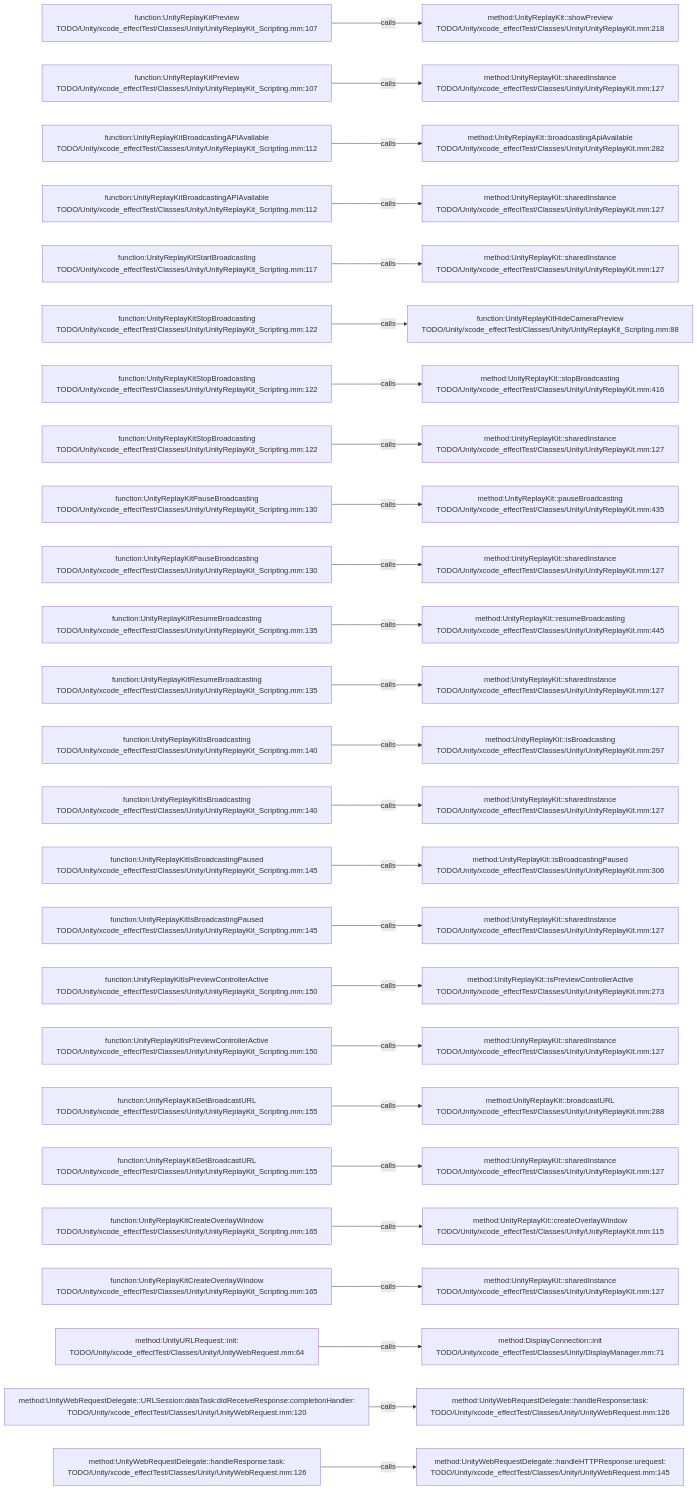
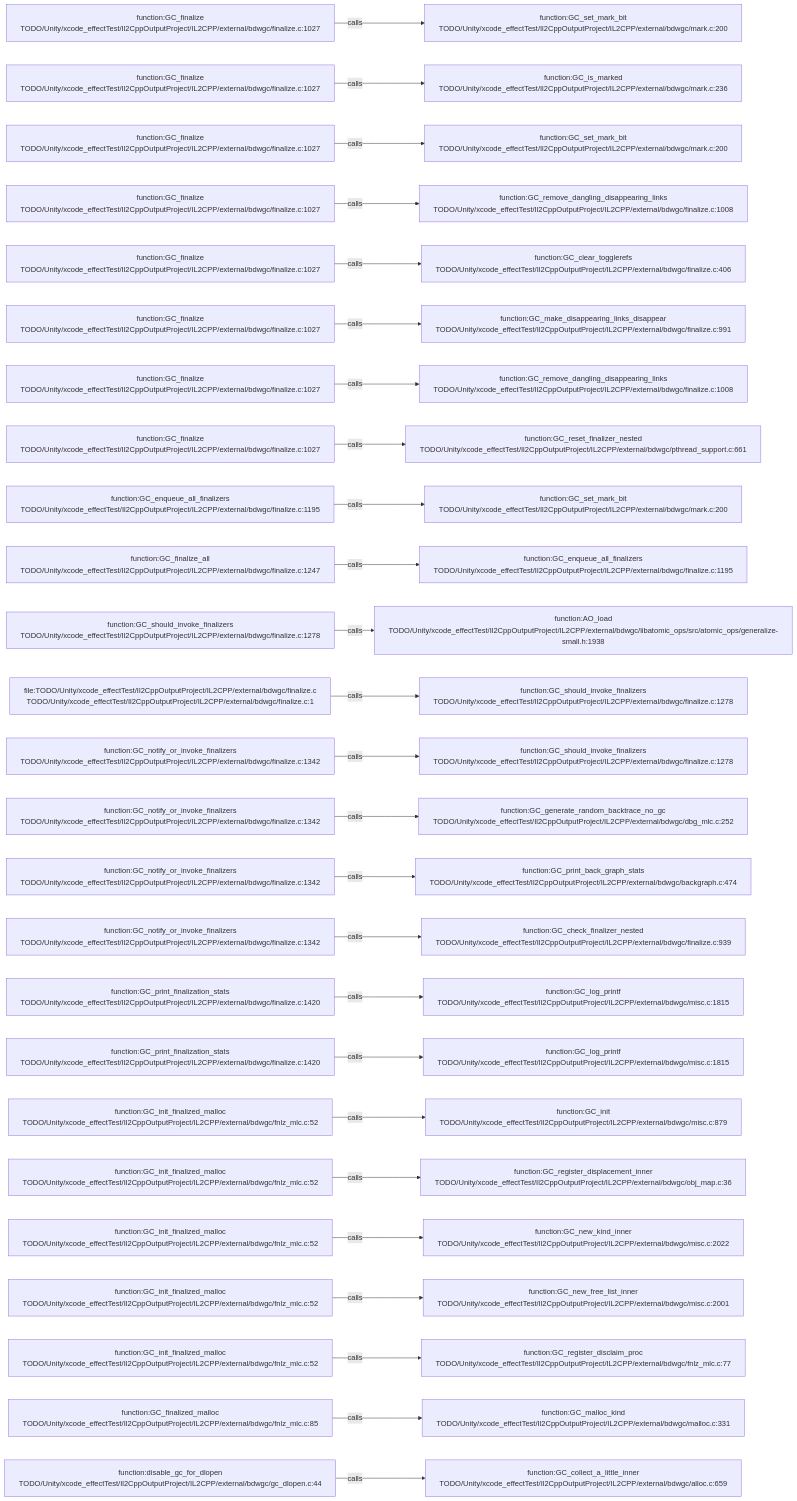
Before and after one commit to JobsKits/JobsSwiftBaseConfigDemo: the diagram in .codegraph/codegraph.md/graphs/calls-111.md, drawn with Mermaid. The commit also changed 227 other files, not shown here.

````diff
--- a/.codegraph/codegraph.md/graphs/calls-111.md
+++ b/.codegraph/codegraph.md/graphs/calls-111.md
@@ -13,78 +13,78 @@
 ```mermaid
 flowchart LR
-  S1["function:UnityReplayKitPreview<br/>TODO/Unity/xcode_effectTest/Classes/Unity/UnityReplayKit_Scripting.mm:107"]
-  T1["method:UnityReplayKit::showPreview<br/>TODO/Unity/xcode_effectTest/Classes/Unity/UnityReplayKit.mm:218"]
+  S1["function:GC_finalize<br/>TODO/Unity/xcode_effectTest/Il2CppOutputProject/IL2CPP/external/bdwgc/finalize.c:1027"]
+  T1["function:GC_set_mark_bit<br/>TODO/Unity/xcode_effectTest/Il2CppOutputProject/IL2CPP/external/bdwgc/mark.c:200"]
   S1 -->|calls| T1
-  S2["function:UnityReplayKitPreview<br/>TODO/Unity/xcode_effectTest/Classes/Unity/UnityReplayKit_Scripting.mm:107"]
-  T2["method:UnityReplayKit::sharedInstance<br/>TODO/Unity/xcode_effectTest/Classes/Unity/UnityReplayKit.mm:127"]
+  S2["function:GC_finalize<br/>TODO/Unity/xcode_effectTest/Il2CppOutputProject/IL2CPP/external/bdwgc/finalize.c:1027"]
+  T2["function:GC_is_marked<br/>TODO/Unity/xcode_effectTest/Il2CppOutputProject/IL2CPP/external/bdwgc/mark.c:236"]
   S2 -->|calls| T2
-  S3["function:UnityReplayKitBroadcastingAPIAvailable<br/>TODO/Unity/xcode_effectTest/Classes/Unity/UnityReplayKit_Scripting.mm:112"]
-  T3["method:UnityReplayKit::broadcastingApiAvailable<br/>TODO/Unity/xcode_effectTest/Classes/Unity/UnityReplayKit.mm:282"]
+  S3["function:GC_finalize<br/>TODO/Unity/xcode_effectTest/Il2CppOutputProject/IL2CPP/external/bdwgc/finalize.c:1027"]
+  T3["function:GC_set_mark_bit<br/>TODO/Unity/xcode_effectTest/Il2CppOutputProject/IL2CPP/external/bdwgc/mark.c:200"]
   S3 -->|calls| T3
-  S4["function:UnityReplayKitBroadcastingAPIAvailable<br/>TODO/Unity/xcode_effectTest/Classes/Unity/UnityReplayKit_Scripting.mm:112"]
-  T4["method:UnityReplayKit::sharedInstance<br/>TODO/Unity/xcode_effectTest/Classes/Unity/UnityReplayKit.mm:127"]
+  S4["function:GC_finalize<br/>TODO/Unity/xcode_effectTest/Il2CppOutputProject/IL2CPP/external/bdwgc/finalize.c:1027"]
+  T4["function:GC_remove_dangling_disappearing_links<br/>TODO/Unity/xcode_effectTest/Il2CppOutputProject/IL2CPP/external/bdwgc/finalize.c:1008"]
   S4 -->|calls| T4
-  S5["function:UnityReplayKitStartBroadcasting<br/>TODO/Unity/xcode_effectTest/Classes/Unity/UnityReplayKit_Scripting.mm:117"]
-  T5["method:UnityReplayKit::sharedInstance<br/>TODO/Unity/xcode_effectTest/Classes/Unity/UnityReplayKit.mm:127"]
+  S5["function:GC_finalize<br/>TODO/Unity/xcode_effectTest/Il2CppOutputProject/IL2CPP/external/bdwgc/finalize.c:1027"]
+  T5["function:GC_clear_togglerefs<br/>TODO/Unity/xcode_effectTest/Il2CppOutputProject/IL2CPP/external/bdwgc/finalize.c:406"]
   S5 -->|calls| T5
-  S6["function:UnityReplayKitStopBroadcasting<br/>TODO/Unity/xcode_effectTest/Classes/Unity/UnityReplayKit_Scripting.mm:122"]
-  T6["function:UnityReplayKitHideCameraPreview<br/>TODO/Unity/xcode_effectTest/Classes/Unity/UnityReplayKit_Scripting.mm:88"]
+  S6["function:GC_finalize<br/>TODO/Unity/xcode_effectTest/Il2CppOutputProject/IL2CPP/external/bdwgc/finalize.c:1027"]
+  T6["function:GC_make_disappearing_links_disappear<br/>TODO/Unity/xcode_effectTest/Il2CppOutputProject/IL2CPP/external/bdwgc/finalize.c:991"]
   S6 -->|calls| T6
-  S7["function:UnityReplayKitStopBroadcasting<br/>TODO/Unity/xcode_effectTest/Classes/Unity/UnityReplayKit_Scripting.mm:122"]
-  T7["method:UnityReplayKit::stopBroadcasting<br/>TODO/Unity/xcode_effectTest/Classes/Unity/UnityReplayKit.mm:416"]
+  S7["function:GC_finalize<br/>TODO/Unity/xcode_effectTest/Il2CppOutputProject/IL2CPP/external/bdwgc/finalize.c:1027"]
+  T7["function:GC_remove_dangling_disappearing_links<br/>TODO/Unity/xcode_effectTest/Il2CppOutputProject/IL2CPP/external/bdwgc/finalize.c:1008"]
   S7 -->|calls| T7
-  S8["function:UnityReplayKitStopBroadcasting<br/>TODO/Unity/xcode_effectTest/Classes/Unity/UnityReplayKit_Scripting.mm:122"]
-  T8["method:UnityReplayKit::sharedInstance<br/>TODO/Unity/xcode_effectTest/Classes/Unity/UnityReplayKit.mm:127"]
+  S8["function:GC_finalize<br/>TODO/Unity/xcode_effectTest/Il2CppOutputProject/IL2CPP/external/bdwgc/finalize.c:1027"]
+  T8["function:GC_reset_finalizer_nested<br/>TODO/Unity/xcode_effectTest/Il2CppOutputProject/IL2CPP/external/bdwgc/pthread_support.c:661"]
   S8 -->|calls| T8
-  S9["function:UnityReplayKitPauseBroadcasting<br/>TODO/Unity/xcode_effectTest/Classes/Unity/UnityReplayKit_Scripting.mm:130"]
-  T9["method:UnityReplayKit::pauseBroadcasting<br/>TODO/Unity/xcode_effectTest/Classes/Unity/UnityReplayKit.mm:435"]
+  S9["function:GC_enqueue_all_finalizers<br/>TODO/Unity/xcode_effectTest/Il2CppOutputProject/IL2CPP/external/bdwgc/finalize.c:1195"]
+  T9["function:GC_set_mark_bit<br/>TODO/Unity/xcode_effectTest/Il2CppOutputProject/IL2CPP/external/bdwgc/mark.c:200"]
   S9 -->|calls| T9
-  S10["function:UnityReplayKitPauseBroadcasting<br/>TODO/Unity/xcode_effectTest/Classes/Unity/UnityReplayKit_Scripting.mm:130"]
-  T10["method:UnityReplayKit::sharedInstance<br/>TODO/Unity/xcode_effectTest/Classes/Unity/UnityReplayKit.mm:127"]
+  S10["function:GC_finalize_all<br/>TODO/Unity/xcode_effectTest/Il2CppOutputProject/IL2CPP/external/bdwgc/finalize.c:1247"]
+  T10["function:GC_enqueue_all_finalizers<br/>TODO/Unity/xcode_effectTest/Il2CppOutputProject/IL2CPP/external/bdwgc/finalize.c:1195"]
   S10 -->|calls| T10
-  S11["function:UnityReplayKitResumeBroadcasting<br/>TODO/Unity/xcode_effectTest/Classes/Unity/UnityReplayKit_Scripting.mm:135"]
-  T11["method:UnityReplayKit::resumeBroadcasting<br/>TODO/Unity/xcode_effectTest/Classes/Unity/UnityReplayKit.mm:445"]
+  S11["function:GC_should_invoke_finalizers<br/>TODO/Unity/xcode_effectTest/Il2CppOutputProject/IL2CPP/external/bdwgc/finalize.c:1278"]
+  T11["function:AO_load<br/>TODO/Unity/xcode_effectTest/Il2CppOutputProject/IL2CPP/external/bdwgc/libatomic_ops/src/atomic_ops/generalize-small.h:1938"]
   S11 -->|calls| T11
-  S12["function:UnityReplayKitResumeBroadcasting<br/>TODO/Unity/xcode_effectTest/Classes/Unity/UnityReplayKit_Scripting.mm:135"]
-  T12["method:UnityReplayKit::sharedInstance<br/>TODO/Unity/xcode_effectTest/Classes/Unity/UnityReplayKit.mm:127"]
+  S12["file:TODO/Unity/xcode_effectTest/Il2CppOutputProject/IL2CPP/external/bdwgc/finalize.c<br/>TODO/Unity/xcode_effectTest/Il2CppOutputProject/IL2CPP/external/bdwgc/finalize.c:1"]
+  T12["function:GC_should_invoke_finalizers<br/>TODO/Unity/xcode_effectTest/Il2CppOutputProject/IL2CPP/external/bdwgc/finalize.c:1278"]
   S12 -->|calls| T12
-  S13["function:UnityReplayKitIsBroadcasting<br/>TODO/Unity/xcode_effectTest/Classes/Unity/UnityReplayKit_Scripting.mm:140"]
-  T13["method:UnityReplayKit::isBroadcasting<br/>TODO/Unity/xcode_effectTest/Classes/Unity/UnityReplayKit.mm:297"]
+  S13["function:GC_notify_or_invoke_finalizers<br/>TODO/Unity/xcode_effectTest/Il2CppOutputProject/IL2CPP/external/bdwgc/finalize.c:1342"]
+  T13["function:GC_should_invoke_finalizers<br/>TODO/Unity/xcode_effectTest/Il2CppOutputProject/IL2CPP/external/bdwgc/finalize.c:1278"]
   S13 -->|calls| T13
-  S14["function:UnityReplayKitIsBroadcasting<br/>TODO/Unity/xcode_effectTest/Classes/Unity/UnityReplayKit_Scripting.mm:140"]
-  T14["method:UnityReplayKit::sharedInstance<br/>TODO/Unity/xcode_effectTest/Classes/Unity/UnityReplayKit.mm:127"]
+  S14["function:GC_notify_or_invoke_finalizers<br/>TODO/Unity/xcode_effectTest/Il2CppOutputProject/IL2CPP/external/bdwgc/finalize.c:1342"]
+  T14["function:GC_generate_random_backtrace_no_gc<br/>TODO/Unity/xcode_effectTest/Il2CppOutputProject/IL2CPP/external/bdwgc/dbg_mlc.c:252"]
   S14 -->|calls| T14
-  S15["function:UnityReplayKitIsBroadcastingPaused<br/>TODO/Unity/xcode_effectTest/Classes/Unity/UnityReplayKit_Scripting.mm:145"]
-  T15["method:UnityReplayKit::isBroadcastingPaused<br/>TODO/Unity/xcode_effectTest/Classes/Unity/UnityReplayKit.mm:306"]
+  S15["function:GC_notify_or_invoke_finalizers<br/>TODO/Unity/xcode_effectTest/Il2CppOutputProject/IL2CPP/external/bdwgc/finalize.c:1342"]
+  T15["function:GC_print_back_graph_stats<br/>TODO/Unity/xcode_effectTest/Il2CppOutputProject/IL2CPP/external/bdwgc/backgraph.c:474"]
   S15 -->|calls| T15
-  S16["function:UnityReplayKitIsBroadcastingPaused<br/>TODO/Unity/xcode_effectTest/Classes/Unity/UnityReplayKit_Scripting.mm:145"]
-  T16["method:UnityReplayKit::sharedInstance<br/>TODO/Unity/xcode_effectTest/Classes/Unity/UnityReplayKit.mm:127"]
+  S16["function:GC_notify_or_invoke_finalizers<br/>TODO/Unity/xcode_effectTest/Il2CppOutputProject/IL2CPP/external/bdwgc/finalize.c:1342"]
+  T16["function:GC_check_finalizer_nested<br/>TODO/Unity/xcode_effectTest/Il2CppOutputProject/IL2CPP/external/bdwgc/finalize.c:939"]
   S16 -->|calls| T16
-  S17["function:UnityReplayKitIsPreviewControllerActive<br/>TODO/Unity/xcode_effectTest/Classes/Unity/UnityReplayKit_Scripting.mm:150"]
-  T17["method:UnityReplayKit::isPreviewControllerActive<br/>TODO/Unity/xcode_effectTest/Classes/Unity/UnityReplayKit.mm:273"]
+  S17["function:GC_print_finalization_stats<br/>TODO/Unity/xcode_effectTest/Il2CppOutputProject/IL2CPP/external/bdwgc/finalize.c:1420"]
+  T17["function:GC_log_printf<br/>TODO/Unity/xcode_effectTest/Il2CppOutputProject/IL2CPP/external/bdwgc/misc.c:1815"]
   S17 -->|calls| T17
-  S18["function:UnityReplayKitIsPreviewControllerActive<br/>TODO/Unity/xcode_effectTest/Classes/Unity/UnityReplayKit_Scripting.mm:150"]
-  T18["method:UnityReplayKit::sharedInstance<br/>TODO/Unity/xcode_effectTest/Classes/Unity/UnityReplayKit.mm:127"]
+  S18["function:GC_print_finalization_stats<br/>TODO/Unity/xcode_effectTest/Il2CppOutputProject/IL2CPP/external/bdwgc/finalize.c:1420"]
+  T18["function:GC_log_printf<br/>TODO/Unity/xcode_effectTest/Il2CppOutputProject/IL2CPP/external/bdwgc/misc.c:1815"]
   S18 -->|calls| T18
-  S19["function:UnityReplayKitGetBroadcastURL<br/>TODO/Unity/xcode_effectTest/Classes/Unity/UnityReplayKit_Scripting.mm:155"]
-  T19["method:UnityReplayKit::broadcastURL<br/>TODO/Unity/xcode_effectTest/Classes/Unity/UnityReplayKit.mm:288"]
+  S19["function:GC_init_finalized_malloc<br/>TODO/Unity/xcode_effectTest/Il2CppOutputProject/IL2CPP/external/bdwgc/fnlz_mlc.c:52"]
+  T19["function:GC_init<br/>TODO/Unity/xcode_effectTest/Il2CppOutputProject/IL2CPP/external/bdwgc/misc.c:879"]
   S19 -->|calls| T19
-  S20["function:UnityReplayKitGetBroadcastURL<br/>TODO/Unity/xcode_effectTest/Classes/Unity/UnityReplayKit_Scripting.mm:155"]
-  T20["method:UnityReplayKit::sharedInstance<br/>TODO/Unity/xcode_effectTest/Classes/Unity/UnityReplayKit.mm:127"]
+  S20["function:GC_init_finalized_malloc<br/>TODO/Unity/xcode_effectTest/Il2CppOutputProject/IL2CPP/external/bdwgc/fnlz_mlc.c:52"]
+  T20["function:GC_register_displacement_inner<br/>TODO/Unity/xcode_effectTest/Il2CppOutputProject/IL2CPP/external/bdwgc/obj_map.c:36"]
   S20 -->|calls| T20
-  S21["function:UnityReplayKitCreateOverlayWindow<br/>TODO/Unity/xcode_effectTest/Classes/Unity/UnityReplayKit_Scripting.mm:165"]
-  T21["method:UnityReplayKit::createOverlayWindow<br/>TODO/Unity/xcode_effectTest/Classes/Unity/UnityReplayKit.mm:115"]
+  S21["function:GC_init_finalized_malloc<br/>TODO/Unity/xcode_effectTest/Il2CppOutputProject/IL2CPP/external/bdwgc/fnlz_mlc.c:52"]
+  T21["function:GC_new_kind_inner<br/>TODO/Unity/xcode_effectTest/Il2CppOutputProject/IL2CPP/external/bdwgc/misc.c:2022"]
   S21 -->|calls| T21
-  S22["function:UnityReplayKitCreateOverlayWindow<br/>TODO/Unity/xcode_effectTest/Classes/Unity/UnityReplayKit_Scripting.mm:165"]
-  T22["method:UnityReplayKit::sharedInstance<br/>TODO/Unity/xcode_effectTest/Classes/Unity/UnityReplayKit.mm:127"]
+  S22["function:GC_init_finalized_malloc<br/>TODO/Unity/xcode_effectTest/Il2CppOutputProject/IL2CPP/external/bdwgc/fnlz_mlc.c:52"]
+  T22["function:GC_new_free_list_inner<br/>TODO/Unity/xcode_effectTest/Il2CppOutputProject/IL2CPP/external/bdwgc/misc.c:2001"]
   S22 -->|calls| T22
-  S23["method:UnityURLRequest::init:<br/>TODO/Unity/xcode_effectTest/Classes/Unity/UnityWebRequest.mm:64"]
-  T23["method:DisplayConnection::init<br/>TODO/Unity/xcode_effectTest/Classes/Unity/DisplayManager.mm:71"]
+  S23["function:GC_init_finalized_malloc<br/>TODO/Unity/xcode_effectTest/Il2CppOutputProject/IL2CPP/external/bdwgc/fnlz_mlc.c:52"]
+  T23["function:GC_register_disclaim_proc<br/>TODO/Unity/xcode_effectTest/Il2CppOutputProject/IL2CPP/external/bdwgc/fnlz_mlc.c:77"]
   S23 -->|calls| T23
-  S24["method:UnityWebRequestDelegate::URLSession:dataTask:didReceiveResponse:completionHandler:<br/>TODO/Unity/xcode_effectTest/Classes/Unity/UnityWebRequest.mm:120"]
-  T24["method:UnityWebRequestDelegate::handleResponse:task:<br/>TODO/Unity/xcode_effectTest/Classes/Unity/UnityWebRequest.mm:126"]
+  S24["function:GC_finalized_malloc<br/>TODO/Unity/xcode_effectTest/Il2CppOutputProject/IL2CPP/external/bdwgc/fnlz_mlc.c:85"]
+  T24["function:GC_malloc_kind<br/>TODO/Unity/xcode_effectTest/Il2CppOutputProject/IL2CPP/external/bdwgc/malloc.c:331"]
   S24 -->|calls| T24
-  S25["method:UnityWebRequestDelegate::handleResponse:task:<br/>TODO/Unity/xcode_effectTest/Classes/Unity/UnityWebRequest.mm:126"]
-  T25["method:UnityWebRequestDelegate::handleHTTPResponse:urequest:<br/>TODO/Unity/xcode_effectTest/Classes/Unity/UnityWebRequest.mm:145"]
+  S25["function:disable_gc_for_dlopen<br/>TODO/Unity/xcode_effectTest/Il2CppOutputProject/IL2CPP/external/bdwgc/gc_dlopen.c:44"]
+  T25["function:GC_collect_a_little_inner<br/>TODO/Unity/xcode_effectTest/Il2CppOutputProject/IL2CPP/external/bdwgc/alloc.c:659"]
   S25 -->|calls| T25
 ```
````
